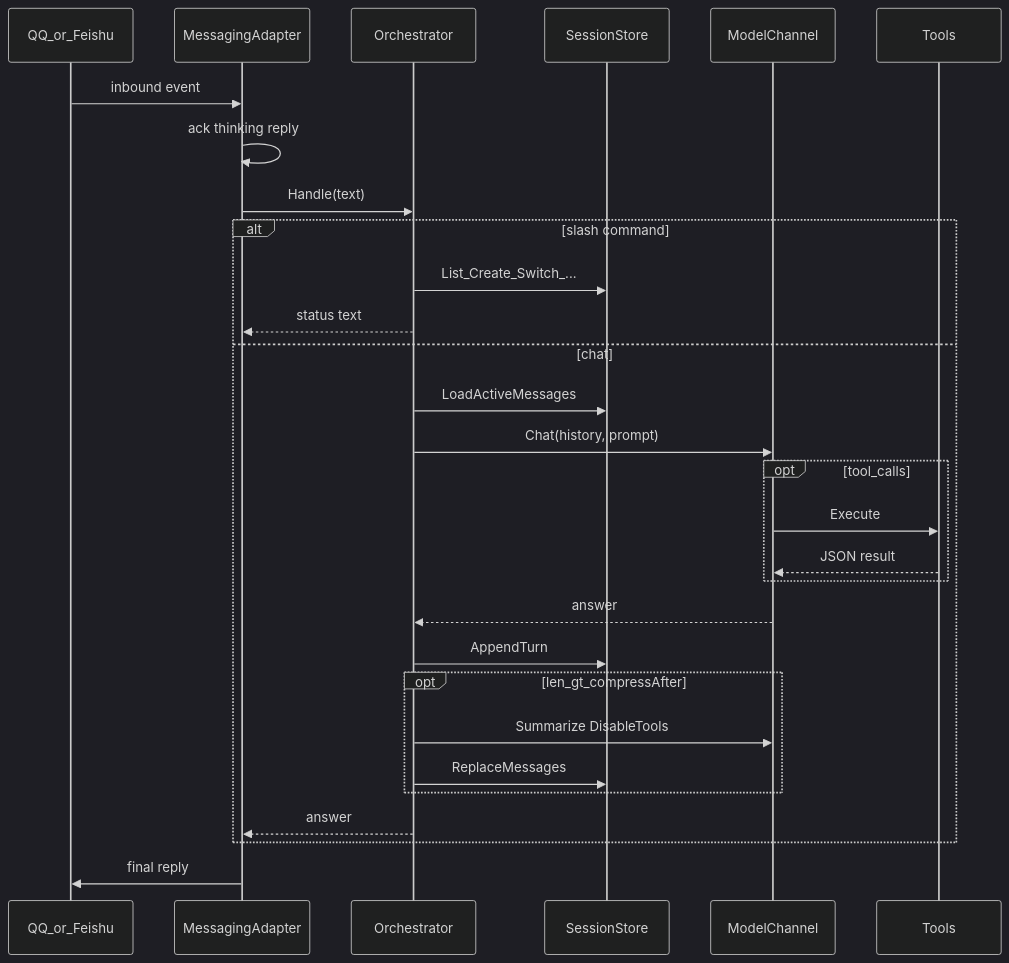
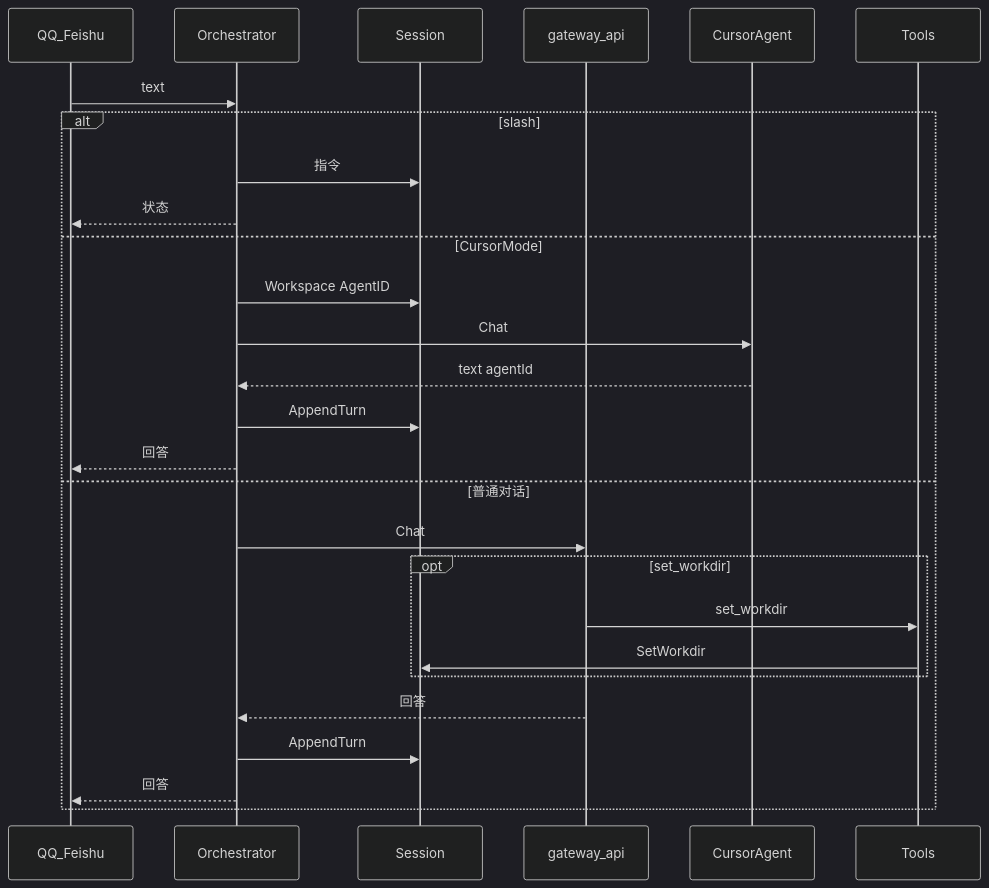
The third of 3 diagrams in docs/MODULES.md (xgk1906806hjy/Personal-Bot), drawn with Mermaid (dark theme) before and after one commit. The commit also changed other lines of this file and 2 other files, not shown here.

Commit message:
同步 README 与模块文档，说明 Cursor 模式与动态工作目录。

````diff
--- a/docs/MODULES.md
+++ b/docs/MODULES.md
@@ -293,32 +244,30 @@
 ```mermaid
 sequenceDiagram
-  participant P as QQ_or_Feishu
-  participant A as MessagingAdapter
+  participant P as QQ_Feishu
   participant O as Orchestrator
-  participant S as SessionStore
-  participant M as ModelChannel
+  participant S as Session
+  participant G as gateway_api
+  participant C as CursorAgent
   participant T as Tools
 
-  P->>A: inbound event
-  A->>A: ack thinking reply
-  A->>O: Handle(text)
-  alt slash command
-    O->>S: List_Create_Switch_...
-    O-->>A: status text
-  else chat
-    O->>S: LoadActiveMessages
-    O->>M: Chat(history, prompt)
-    opt tool_calls
-      M->>T: Execute
-      T-->>M: JSON result
+  P->>O: text
+  alt slash
+    O->>S: 指令
+    O-->>P: 状态
+  else CursorMode
+    O->>S: Workspace AgentID
+    O->>C: Chat
+    C-->>O: text agentId
+    O->>S: AppendTurn
+    O-->>P: 回答
+  else 普通对话
+    O->>G: Chat
+    opt set_workdir
+      G->>T: set_workdir
+      T->>S: SetWorkdir
     end
-    M-->>O: answer
+    G-->>O: 回答
     O->>S: AppendTurn
-    opt len_gt_compressAfter
-      O->>M: Summarize DisableTools
-      O->>S: ReplaceMessages
-    end
-    O-->>A: answer
+    O-->>P: 回答
   end
-  A->>P: final reply
 ```
````
